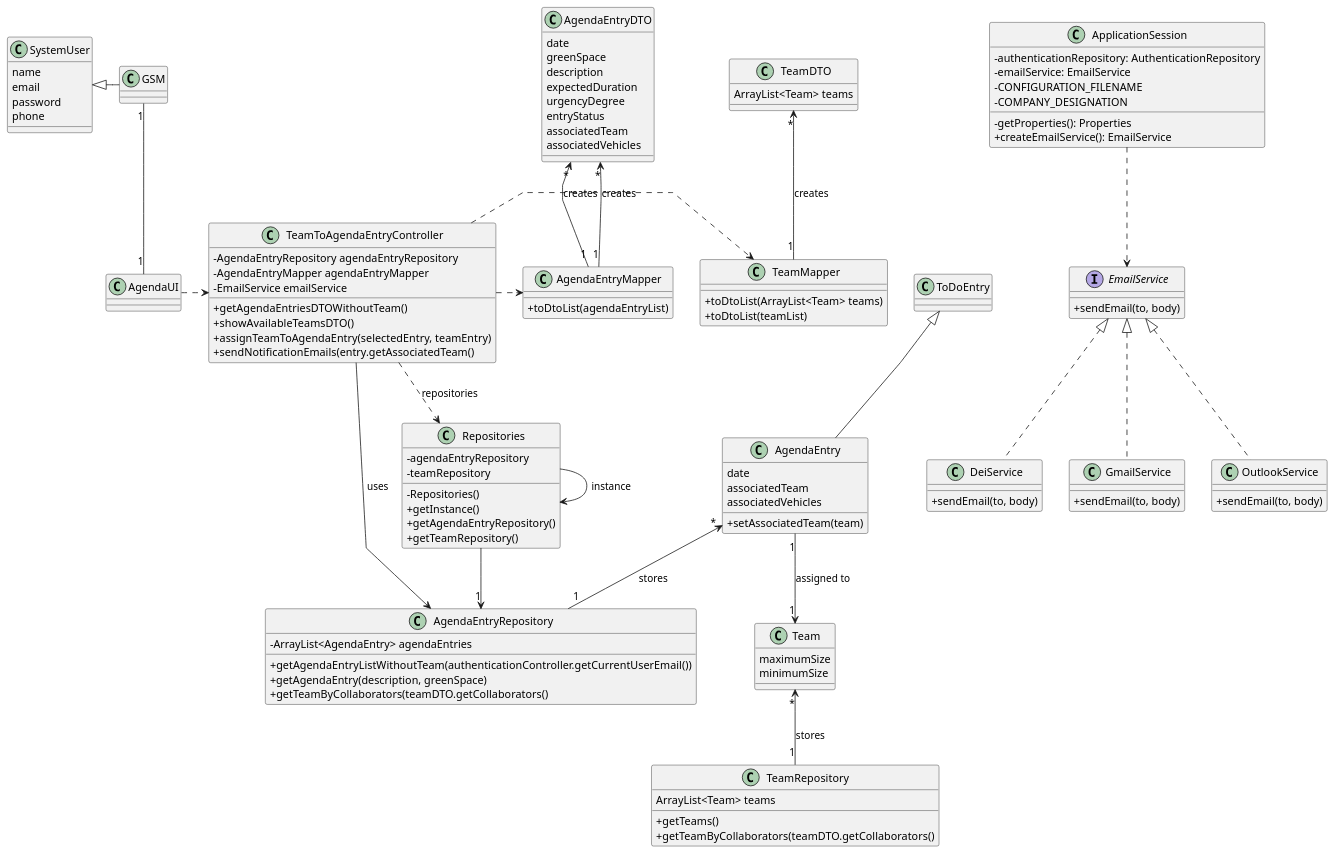
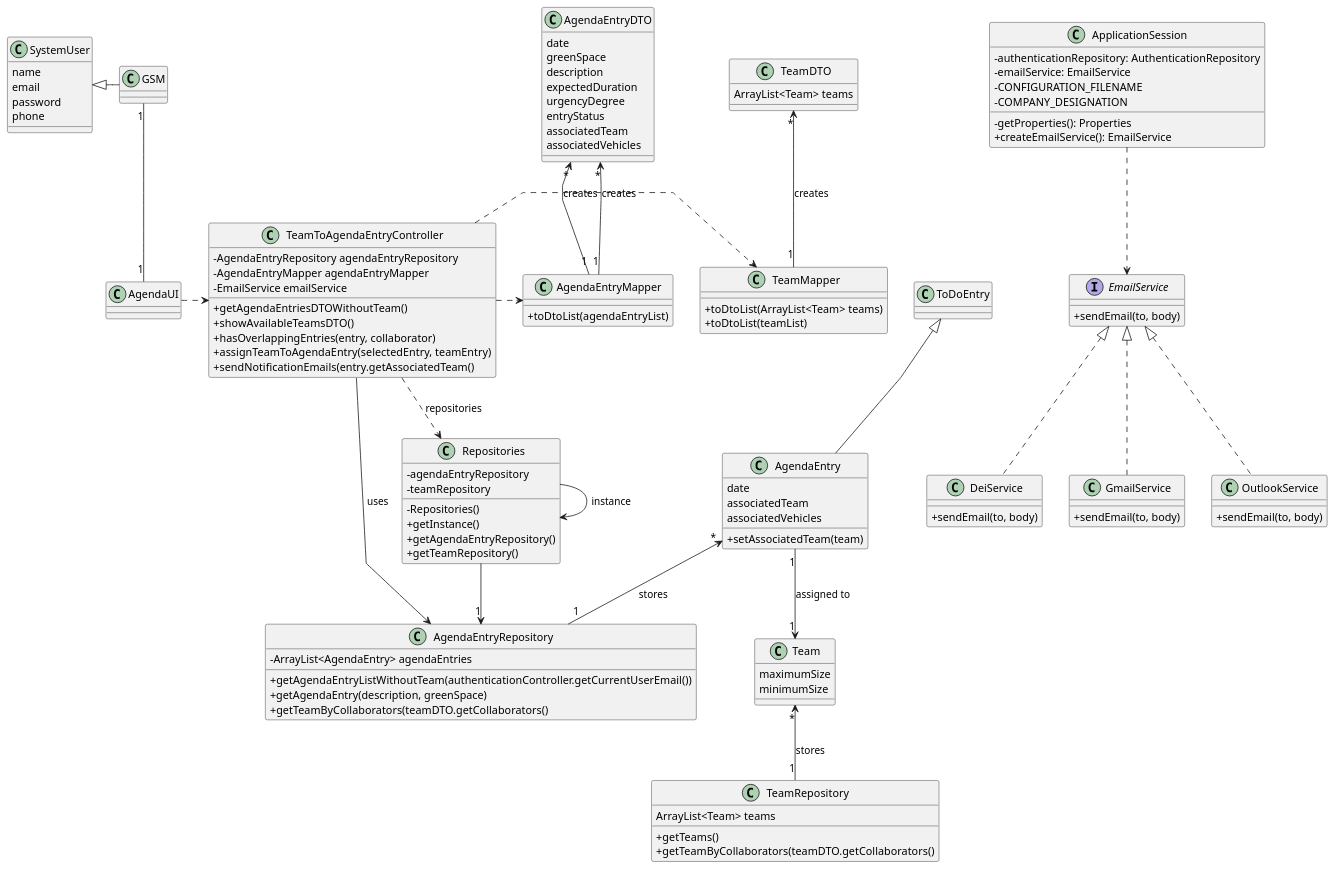
Before and after one commit to Departamento-de-Engenharia-Informatica/lei-24-s2-1do-g164: the diagram in docs/sprintC/us023/03.design/puml/us023-class-diagram.puml, drawn with PlantUML. The commit also changed 2 other files, not shown here.

```diff
--- a/docs/sprintC/us023/03.design/puml/us023-class-diagram.puml
+++ b/docs/sprintC/us023/03.design/puml/us023-class-diagram.puml
@@ -1,151 +1,152 @@
 @startuml
 skinparam classAttributeIconSize 0
 'skinparam monochrome true
 skinparam packageStyle rectangle
 skinparam shadowing false
 skinparam linetype polyline
 'skinparam linetype orto
 skinparam classAttributeIconSize 0
 
 class AgendaEntry {
     date
     associatedTeam
     associatedVehicles
     +setAssociatedTeam(team)
 }
 
 class AgendaEntryDTO {
 
     date
     greenSpace
     description
     expectedDuration
     urgencyDegree
     entryStatus
     associatedTeam
     associatedVehicles
 
 }
 
 class SystemUser {
     name
     email
     password
     phone
 }
 
 
 class AgendaEntryRepository {
     - ArrayList<AgendaEntry> agendaEntries
     + getAgendaEntryListWithoutTeam(authenticationController.getCurrentUserEmail())
     + getAgendaEntry(description, greenSpace)
     + getTeamByCollaborators(teamDTO.getCollaborators()
 }
 
 class Repositories {
     - agendaEntryRepository
     -teamRepository
 
     - Repositories()
     + getInstance()
     + getAgendaEntryRepository()
     + getTeamRepository()
 
 }
 
 class AgendaEntryMapper {
     + toDtoList(agendaEntryList)
 
 }
 
 
 class TeamToAgendaEntryController {
     - AgendaEntryRepository agendaEntryRepository
     - AgendaEntryMapper agendaEntryMapper
     - EmailService emailService
 
     +getAgendaEntriesDTOWithoutTeam()
     +showAvailableTeamsDTO()
+    +hasOverlappingEntries(entry, collaborator)
     +assignTeamToAgendaEntry(selectedEntry, teamEntry)
     +sendNotificationEmails(entry.getAssociatedTeam()
 }
 
 class AgendaUI {
 
 }
 
 class Team{
 maximumSize
 minimumSize
 
 }
 
 class TeamRepository{
     ArrayList<Team> teams
     +getTeams()
     +getTeamByCollaborators(teamDTO.getCollaborators()
 
 }
 
 class TeamMapper {
 +toDtoList(ArrayList<Team> teams)
 +toDtoList(teamList)
 
 }
 
 class TeamDTO {
 ArrayList<Team> teams
 }
 
 interface EmailService {
     + sendEmail(to, body)
 }
 
 class DeiService implements EmailService {
     + sendEmail(to, body)
 }
 
 class GmailService implements EmailService {
     + sendEmail(to, body)
 }
 
 class OutlookService implements EmailService {
     + sendEmail(to, body)
 }
 
 class ApplicationSession{
     -authenticationRepository: AuthenticationRepository
         -emailService: EmailService
         -CONFIGURATION_FILENAME
         -COMPANY_DESIGNATION
 
         -getProperties(): Properties
         +createEmailService(): EmailService
 }
 
 
 
 
 AgendaUI .> TeamToAgendaEntryController
 TeamToAgendaEntryController ..> Repositories : repositories
 Repositories --> "1" AgendaEntryRepository
 Repositories -> Repositories : instance
 TeamToAgendaEntryController .> AgendaEntryMapper
 TeamToAgendaEntryController .> TeamMapper
 TeamToAgendaEntryController --> AgendaEntryRepository : uses
 
 SystemUser <|- GSM
 ToDoEntry <|-- AgendaEntry
 
 GSM "1" -- "1" AgendaUI
 AgendaEntry "*" <-- "1" AgendaEntryRepository : stores
 AgendaEntryDTO "*" <-- "1" AgendaEntryMapper : creates
 AgendaEntry"1" --> "1" Team: assigned to
 Team "*" <-- "1" TeamRepository : stores
 AgendaEntryDTO "*" <-- "1" AgendaEntryMapper : creates
 TeamDTO "*" <-- "1" TeamMapper : creates
 
 
 ApplicationSession ..> EmailService
 
 @enduml
```
